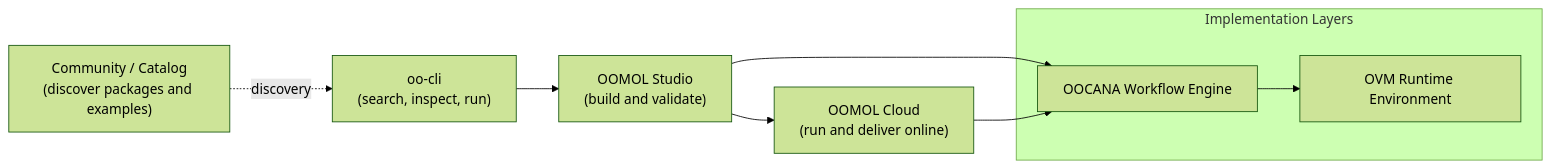
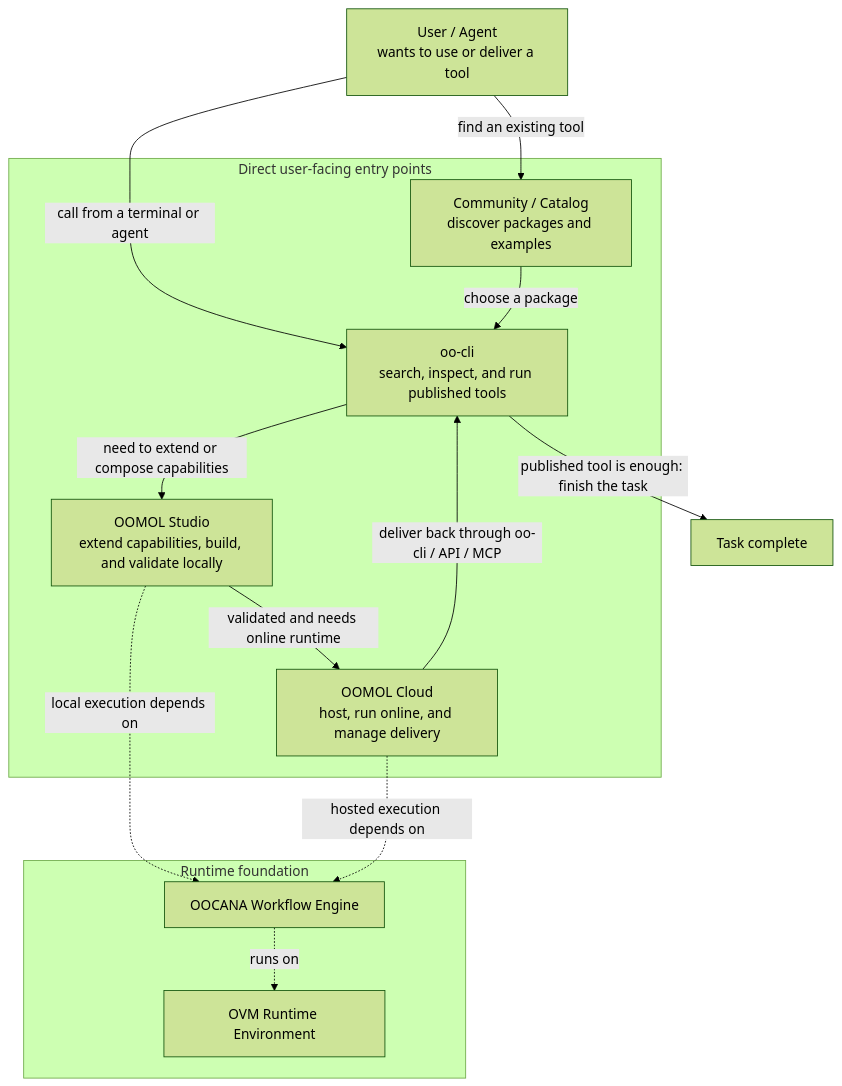
One commit to oomol/oomol.com changed the diagram in docs/overview.mdx. Above: the diagram before and after it, drawn with Mermaid (forest theme). The commit also changed other lines of this file and 5 other files, not shown here.

````diff
--- a/docs/overview.mdx
+++ b/docs/overview.mdx
@@ -85,15 +60,28 @@
 ```mermaid
-graph LR
-    Community["Community / Catalog<br/>(discover packages and examples)"] -. discovery .-> CLI["oo-cli<br/>(search, inspect, run)"]
-    CLI --> Studio["OOMOL Studio<br/>(build and validate)"]
-    Studio --> Cloud["OOMOL Cloud<br/>(run and deliver online)"]
+graph TB
+    User["User / Agent<br/>wants to use or deliver a tool"]
 
-    subgraph Foundation["Implementation Layers"]
+    subgraph UserPath["Direct user-facing entry points"]
+        Community["Community / Catalog<br/>discover packages and examples"]
+        CLI["oo-cli<br/>search, inspect, and run published tools"]
+        Studio["OOMOL Studio<br/>extend capabilities, build, and validate locally"]
+        Cloud["OOMOL Cloud<br/>host, run online, and manage delivery"]
+    end
+
+    User -->|"find an existing tool"| Community
+    User -->|"call from a terminal or agent"| CLI
+    Community -->|"choose a package"| CLI
+    CLI -->|"published tool is enough: finish the task"| Done["Task complete"]
+    CLI -->|"need to extend or compose capabilities"| Studio
+    Studio -->|"validated and needs online runtime"| Cloud
+    Cloud -->|"deliver back through oo-cli / API / MCP"| CLI
+
+    subgraph Foundation["Runtime foundation"]
         OOCANA["OOCANA Workflow Engine"]
         OVM["OVM Runtime Environment"]
     end
 
-    Studio --> OOCANA
-    Cloud --> OOCANA
-    OOCANA --> OVM
+    Studio -. "local execution depends on" .-> OOCANA
+    Cloud -. "hosted execution depends on" .-> OOCANA
+    OOCANA -. "runs on" .-> OVM
 ```
````
